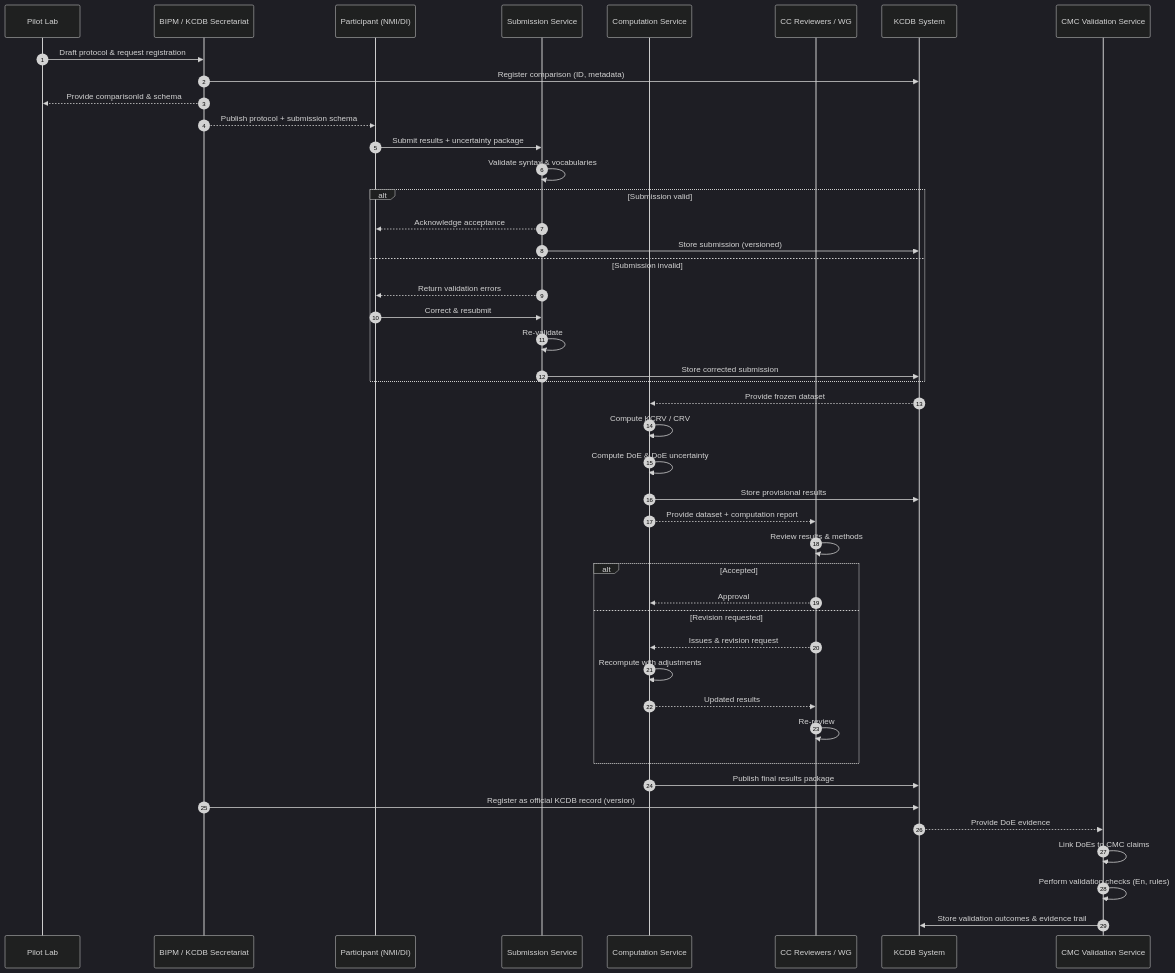
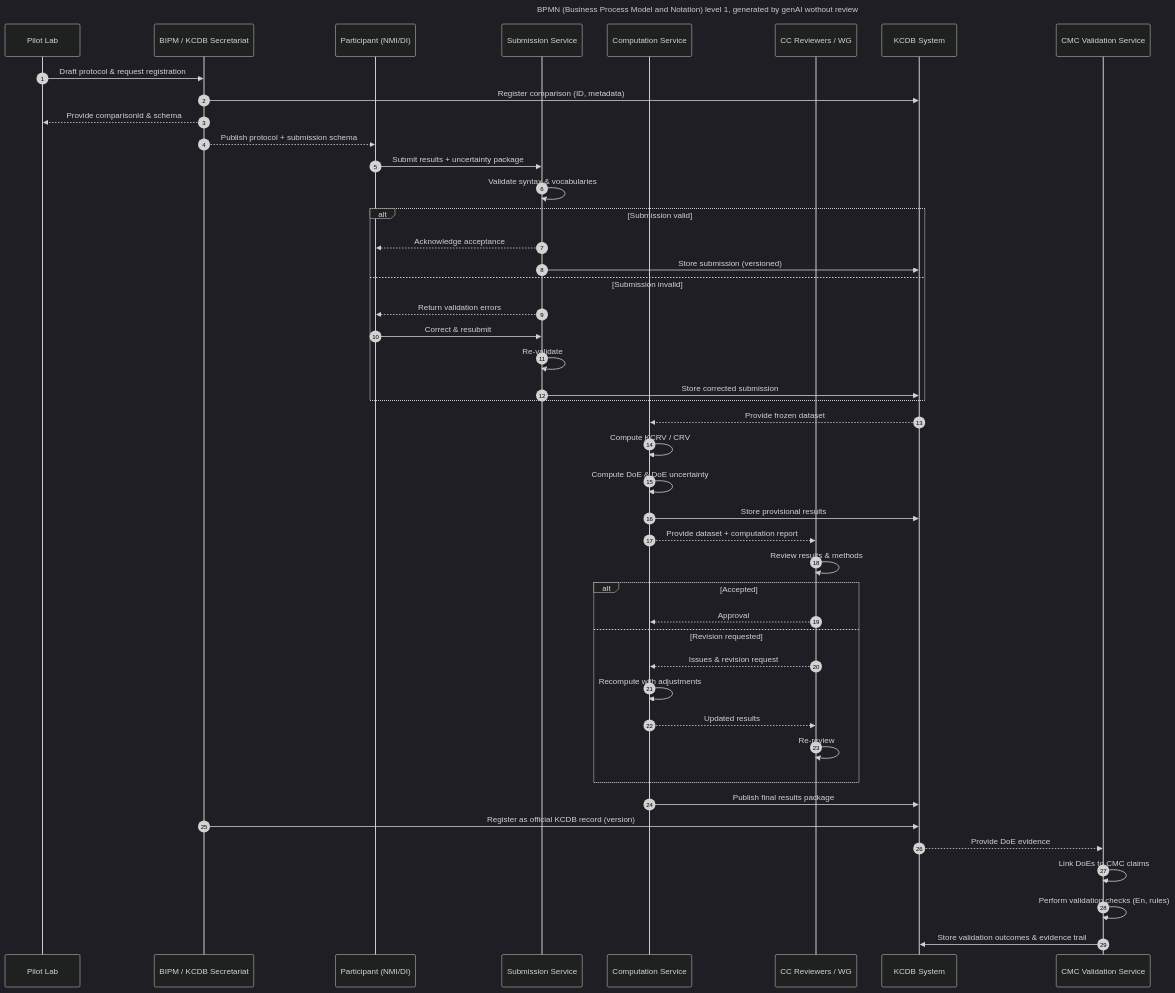
The diagram in design/B_ Business_Architecture/BPMN_level1_v1.mmd (PeterBlattner/KCDB-KC), drawn with Mermaid (dark theme) before and after one commit. The commit also changed 11 other files, not shown here.

```diff
--- a/design/B_ Business_Architecture/BPMN_level1_v1.mmd
+++ b/design/B_ Business_Architecture/BPMN_level1_v1.mmd
@@ -1,52 +1,56 @@
+---
+title: BPMN (Business Process Model and Notation) level 1, generated by genAI wothout review
+---
+
 sequenceDiagram
     autonumber
     participant Pilot as Pilot Lab
     participant Sec as BIPM / KCDB Secretariat
     participant Part as Participant (NMI/DI)
     participant Subm as Submission Service
     participant Comp as Computation Service
     participant Rev as CC Reviewers / WG
     participant KCDB as KCDB System
     participant CMC as CMC Validation Service
 
     Pilot->>Sec: Draft protocol & request registration
     Sec->>KCDB: Register comparison (ID, metadata)
     Sec-->>Pilot: Provide comparisonId & schema
     Sec-->>Part: Publish protocol + submission schema
 
     Part->>Subm: Submit results + uncertainty package
     Subm->>Subm: Validate syntax & vocabularies
 
     alt Submission valid
         Subm-->>Part: Acknowledge acceptance
         Subm->>KCDB: Store submission (versioned)
     else Submission invalid
         Subm-->>Part: Return validation errors
         Part->>Subm: Correct & resubmit
         Subm->>Subm: Re-validate
         Subm->>KCDB: Store corrected submission
     end
 
     KCDB-->>Comp: Provide frozen dataset
     Comp->>Comp: Compute KCRV / CRV
     Comp->>Comp: Compute DoE & DoE uncertainty
     Comp->>KCDB: Store provisional results
     Comp-->>Rev: Provide dataset + computation report
 
     Rev->>Rev: Review results & methods
     alt Accepted
         Rev-->>Comp: Approval
     else Revision requested
         Rev-->>Comp: Issues & revision request
         Comp->>Comp: Recompute with adjustments
         Comp-->>Rev: Updated results
         Rev->>Rev: Re-review
     end
 
     Comp->>KCDB: Publish final results package
     Sec->>KCDB: Register as official KCDB record (version)
 
     KCDB-->>CMC: Provide DoE evidence
     CMC->>CMC: Link DoEs to CMC claims
     CMC->>CMC: Perform validation checks (En, rules)
     CMC->>KCDB: Store validation outcomes & evidence trail
```
